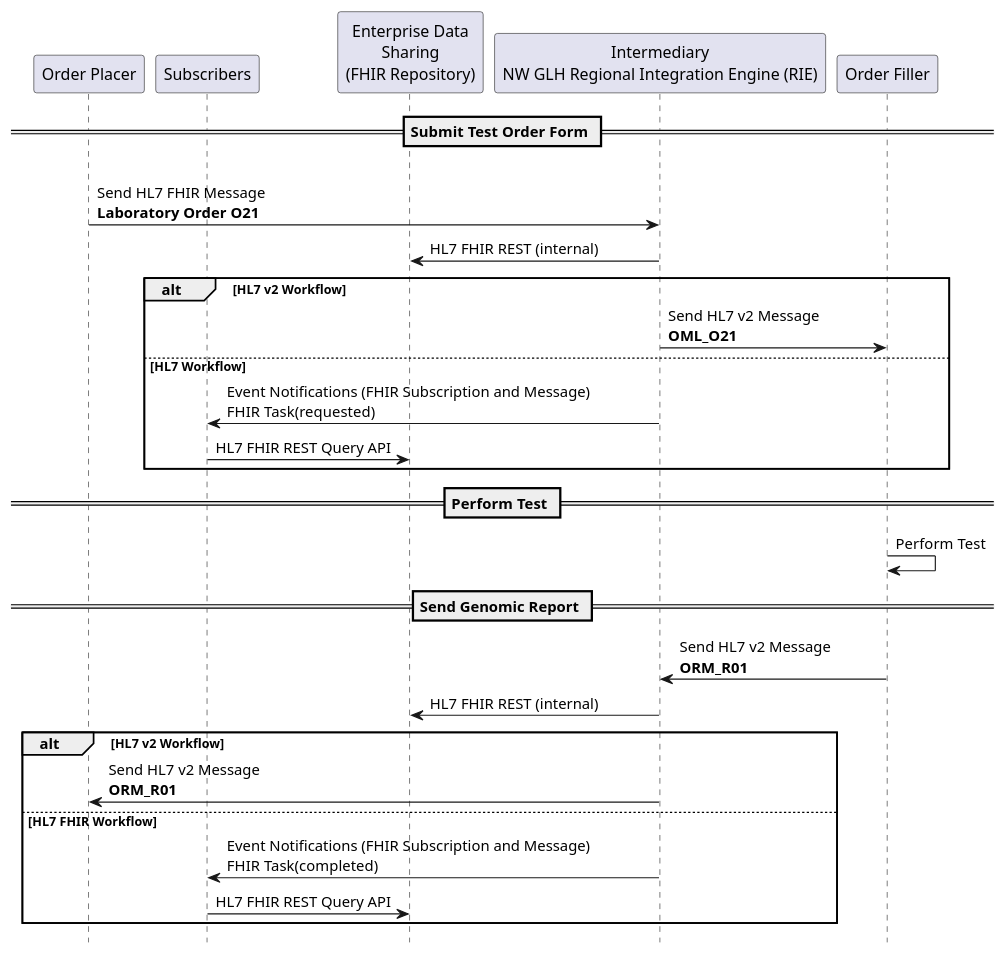
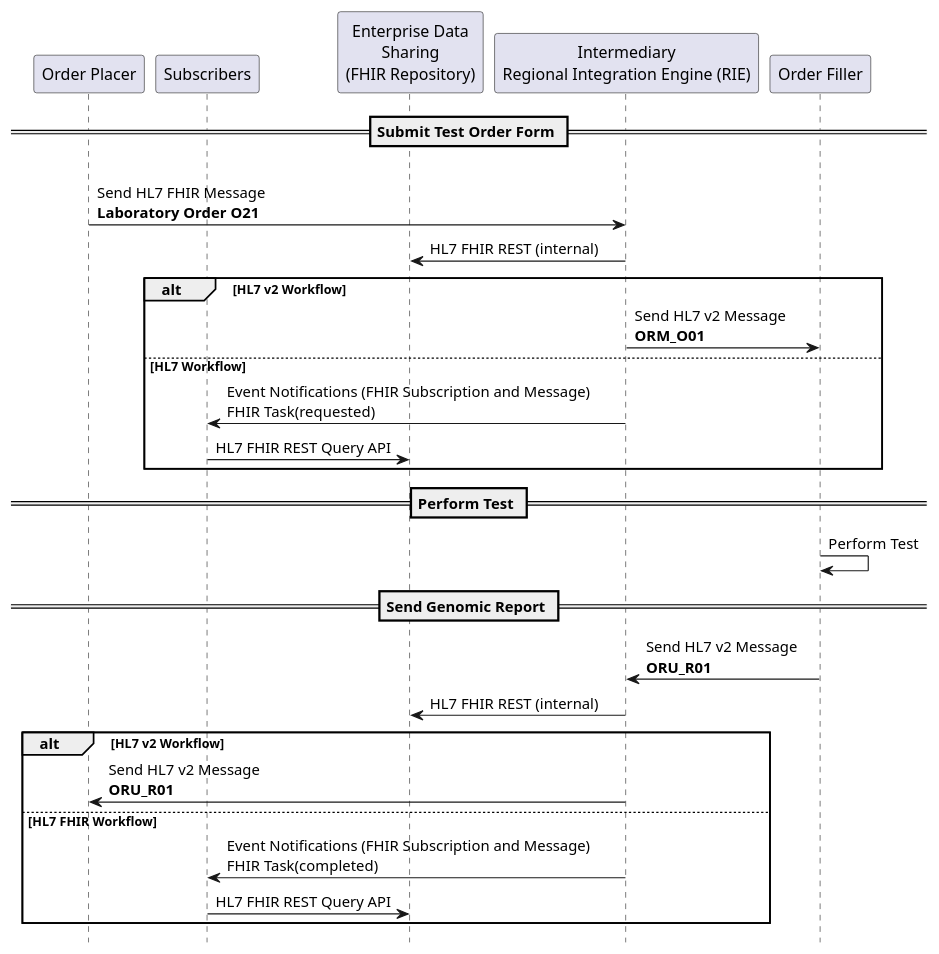
One commit to nw-gmsa/nw-gmsa.github.com changed the diagram in input/images-source/LTW-fhir-sequence.plantuml. Above: the diagram before and after it, drawn with PlantUML. The commit also changed 2 other files, not shown here.

```diff
--- a/input/images-source/LTW-fhir-sequence.plantuml
+++ b/input/images-source/LTW-fhir-sequence.plantuml
@@ -1,40 +1,39 @@
 @startuml
 
 hide footbox
 
 participant "Order Placer" as EPR
 participant "Subscribers" as Subscribers
 participant "Enterprise Data\nSharing\n(FHIR Repository)" as CDR
-participant "Intermediary\nNW GLH Regional Integration Engine (RIE)" as TIE
+participant "Intermediary\nRegional Integration Engine (RIE)" as TIE
 participant "Order Filler" as LIMS
-
 
 
 == Submit Test Order Form ==
 
 EPR -> TIE: \nSend HL7 FHIR Message\n**Laboratory Order O21**
 TIE -> CDR: HL7 FHIR REST (internal)
 alt HL7 v2 Workflow
-TIE -> LIMS: Send HL7 v2 Message\n**OML_O21**
+TIE -> LIMS: Send HL7 v2 Message\n**ORM_O01**
 else HL7 Workflow
 TIE -> Subscribers: Event Notifications (FHIR Subscription and Message)\nFHIR Task(requested)
 Subscribers -> CDR: HL7 FHIR REST Query API
 end
 
 == Perform Test ==
 
 LIMS -> LIMS: Perform Test
 
 == Send Genomic Report ==
 
-LIMS -> TIE: Send HL7 v2 Message\n**ORM_R01**
+LIMS -> TIE: Send HL7 v2 Message\n**ORU_R01**
 
 TIE -> CDR: HL7 FHIR REST (internal)
 alt HL7 v2 Workflow
-TIE -> EPR: Send HL7 v2 Message\n**ORM_R01**
+TIE -> EPR: Send HL7 v2 Message\n**ORU_R01**
 else HL7 FHIR Workflow
 TIE -> Subscribers: Event Notifications (FHIR Subscription and Message)\nFHIR Task(completed)
 Subscribers -> CDR: HL7 FHIR REST Query API
 end
 
 @enduml
```
